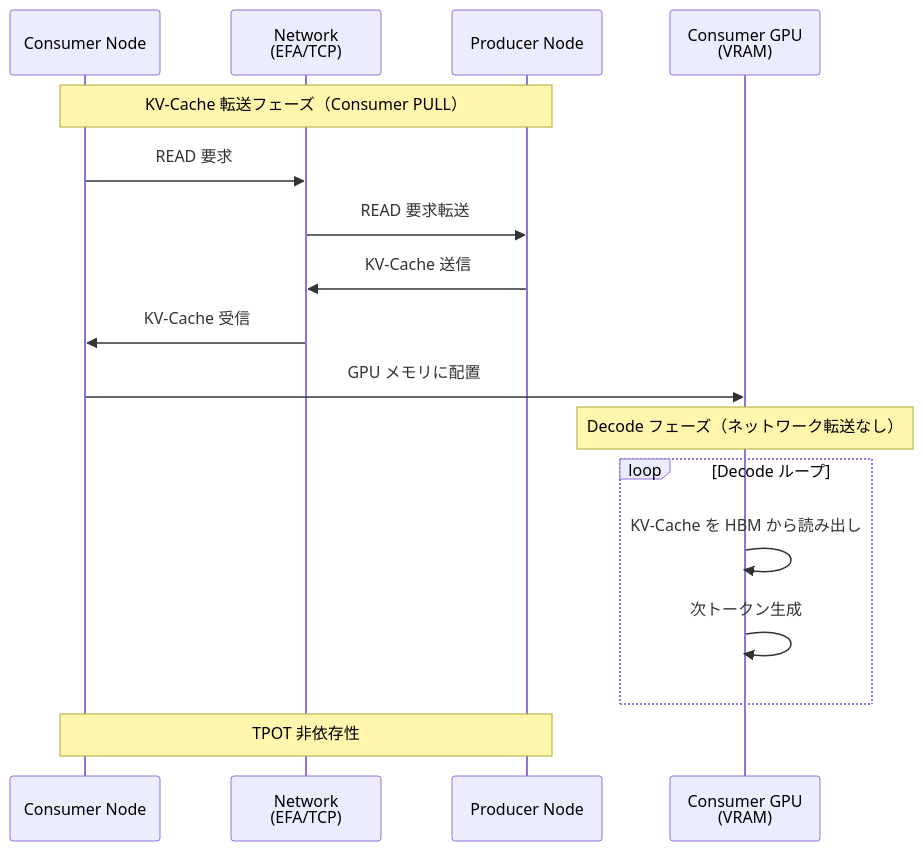
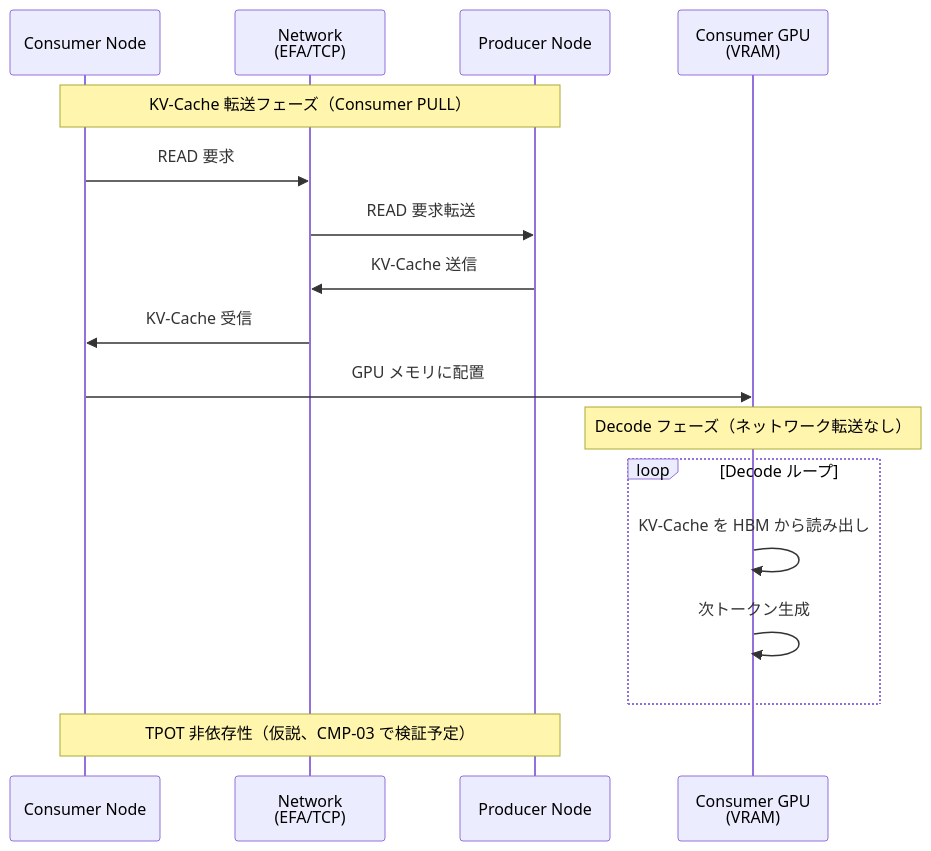
Before and after one commit to littlemex/zenn: the sixth of 15 diagrams in articles/3dd524130320d3.md, drawn with Mermaid. The commit also changed other lines of this file, not shown here.

````diff
--- a/articles/3dd524130320d3.md
+++ b/articles/3dd524130320d3.md
@@ -168,19 +228,19 @@
 ```mermaid
 sequenceDiagram
     participant Consumer as Consumer Node
     participant Network as Network<br/>(EFA/TCP)
     participant Producer as Producer Node
     participant Consumer_GPU as Consumer GPU<br/>(VRAM)
     Note over Consumer,Producer: KV-Cache 転送フェーズ（Consumer PULL）
     Consumer->>Network: READ 要求
     Network->>Producer: READ 要求転送
     Producer->>Network: KV-Cache 送信
     Network->>Consumer: KV-Cache 受信
     Consumer->>Consumer_GPU: GPU メモリに配置
     Note over Consumer_GPU: Decode フェーズ（ネットワーク転送なし）
     loop Decode ループ
         Consumer_GPU->>Consumer_GPU: KV-Cache を HBM から読み出し
         Consumer_GPU->>Consumer_GPU: 次トークン生成
     end
-    Note over Consumer,Producer: TPOT 非依存性
+    Note over Consumer,Producer: TPOT 非依存性（仮説、CMP-03 で検証予定）
 ```
````
